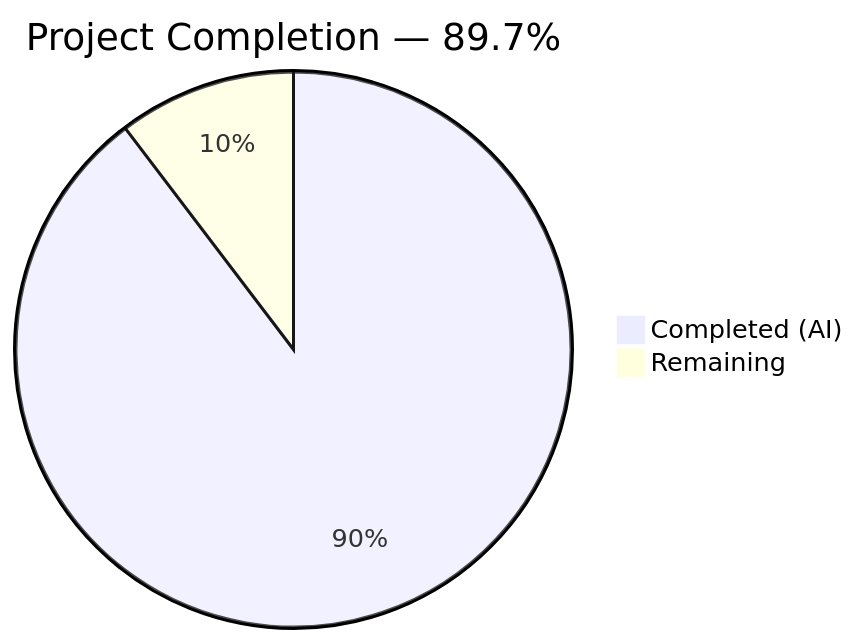
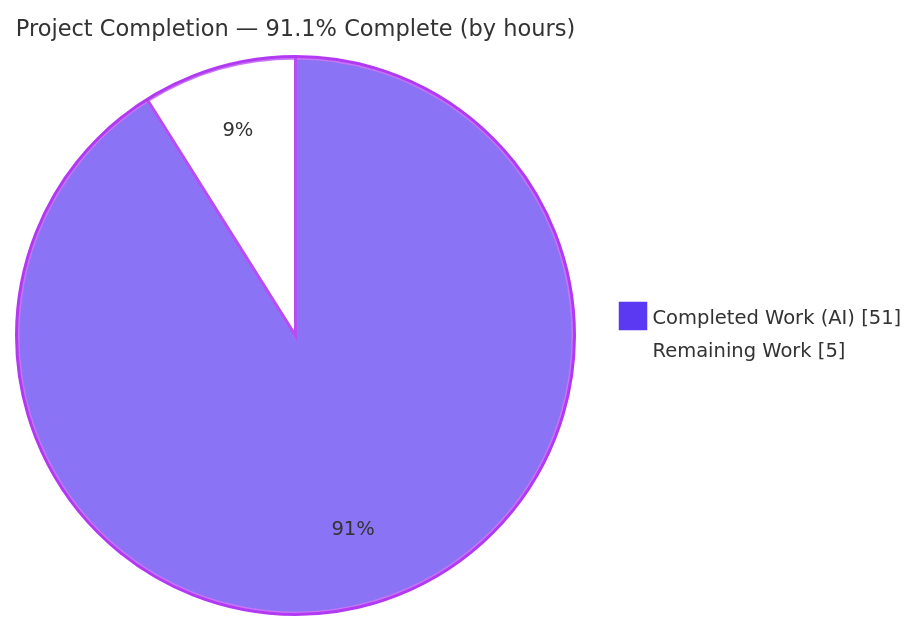
The first of 3 diagrams in blitzy/documentation/Project Guide.md (hardik-blitzy/react-todo-app), drawn with Mermaid before and after one commit. The commit also changed other lines of this file, not shown here.

Commit message:
Adding Blitzy Project Guide: Project Status and Human Tasks Remaining

````diff
--- a/blitzy/documentation/Project Guide.md
+++ b/blitzy/documentation/Project Guide.md
@@ -13,5 +16,7 @@
 ```mermaid
-pie title Project Completion — 89.7%
-    "Completed (AI)" : 52
-    "Remaining" : 6
+%%{init: {'theme':'base','themeVariables':{'pie1':'#5B39F3','pie2':'#FFFFFF','pieStrokeColor':'#B23AF2','pieStrokeWidth':'2px','pieOuterStrokeWidth':'2px','pieOuterStrokeColor':'#B23AF2','pieTitleTextSize':'15px','pieSectionTextSize':'13px','pieLegendTextSize':'13px'}}}%%
+pie showData
+    title Project Completion — 91.1% Complete (by hours)
+    "Completed Work (AI)" : 51
+    "Remaining Work" : 5
 ```
````
